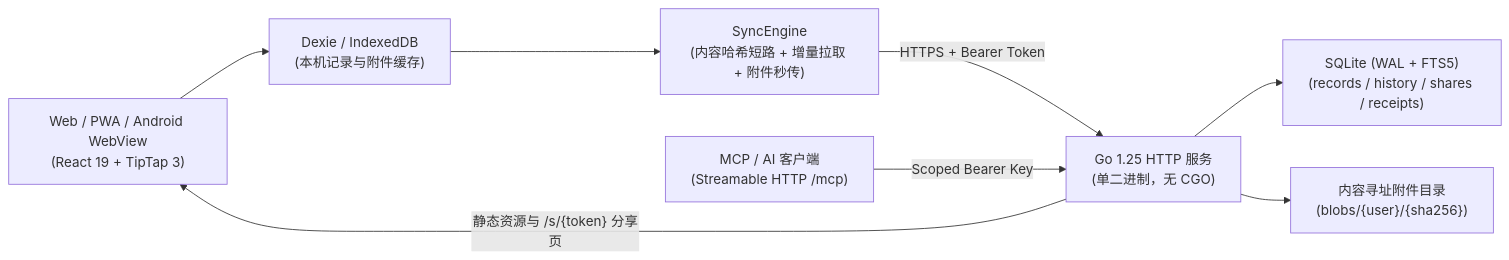
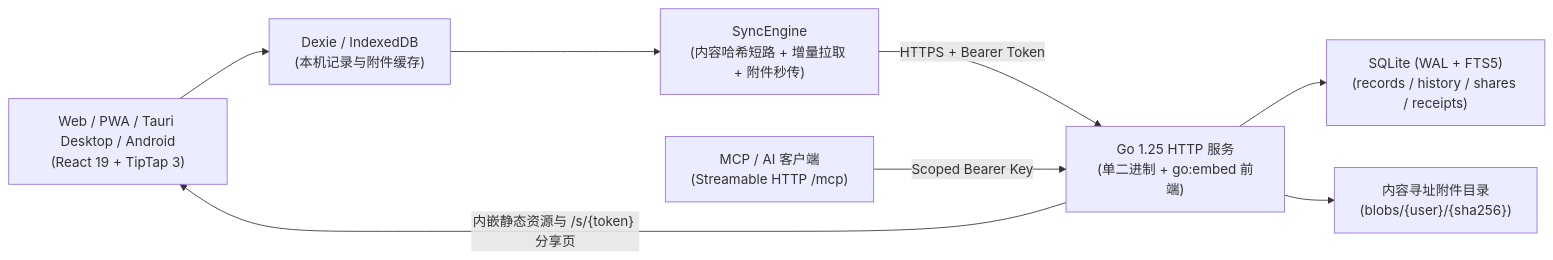
One commit to Yomihay-qut/yonote changed the diagram in docs/ARCHITECTURE.md. Above: the diagram before and after it, drawn with Mermaid. The commit also changed other lines of this file and 26 other files, not shown here.

Commit message:
feat(v0.9.1): add Tauri Windows client, embedded single-binary server, web setup, and signed APK

````diff
--- a/docs/ARCHITECTURE.md
+++ b/docs/ARCHITECTURE.md
@@ -7,10 +7,10 @@
 ```mermaid
 flowchart LR
-    Client["Web / PWA / Android WebView\n(React 19 + TipTap 3)"] --> Local["Dexie / IndexedDB\n(本机记录与附件缓存)"]
+    Client["Web / PWA / Tauri Desktop / Android\n(React 19 + TipTap 3)"] --> Local["Dexie / IndexedDB\n(本机记录与附件缓存)"]
     Local --> Sync["SyncEngine\n(内容哈希短路 + 增量拉取 + 附件秒传)"]
-    Sync -->|"HTTPS + Bearer Token"| Server["Go 1.25 HTTP 服务\n(单二进制，无 CGO)"]
+    Sync -->|"HTTPS + Bearer Token"| Server["Go 1.25 HTTP 服务\n(单二进制 + go:embed 前端)"]
     AI["MCP / AI 客户端\n(Streamable HTTP /mcp)"] -->|"Scoped Bearer Key"| Server
     Server --> SQLite["SQLite (WAL + FTS5)\n(records / history / shares / receipts)"]
     Server --> Blobs["内容寻址附件目录\n(blobs/{user}/{sha256})"]
-    Server -->|"静态资源与 /s/{token} 分享页"| Client
+    Server -->|"内嵌静态资源与 /s/{token} 分享页"| Client
 ```
````
